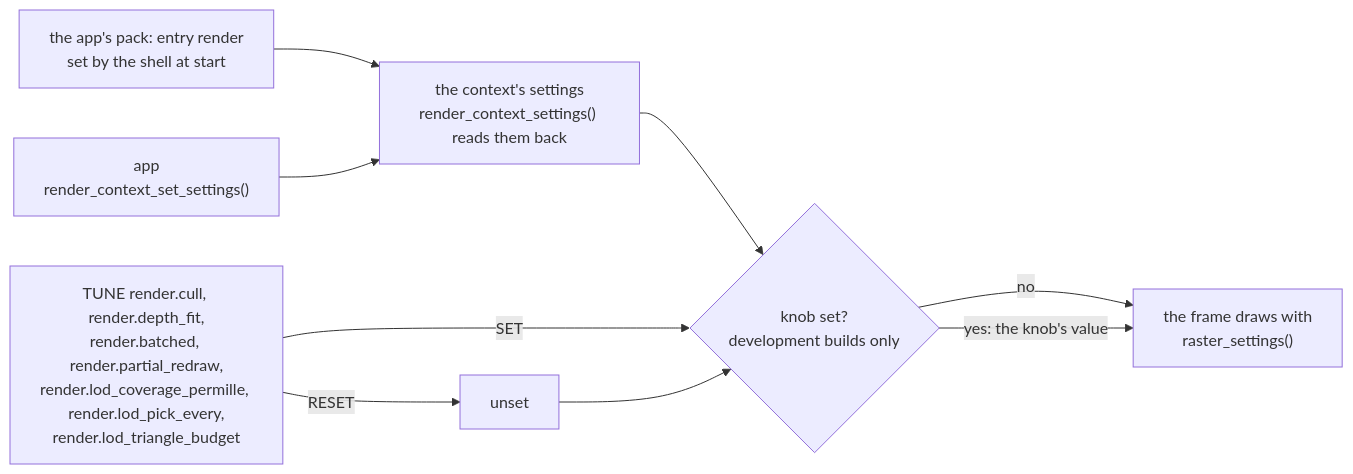
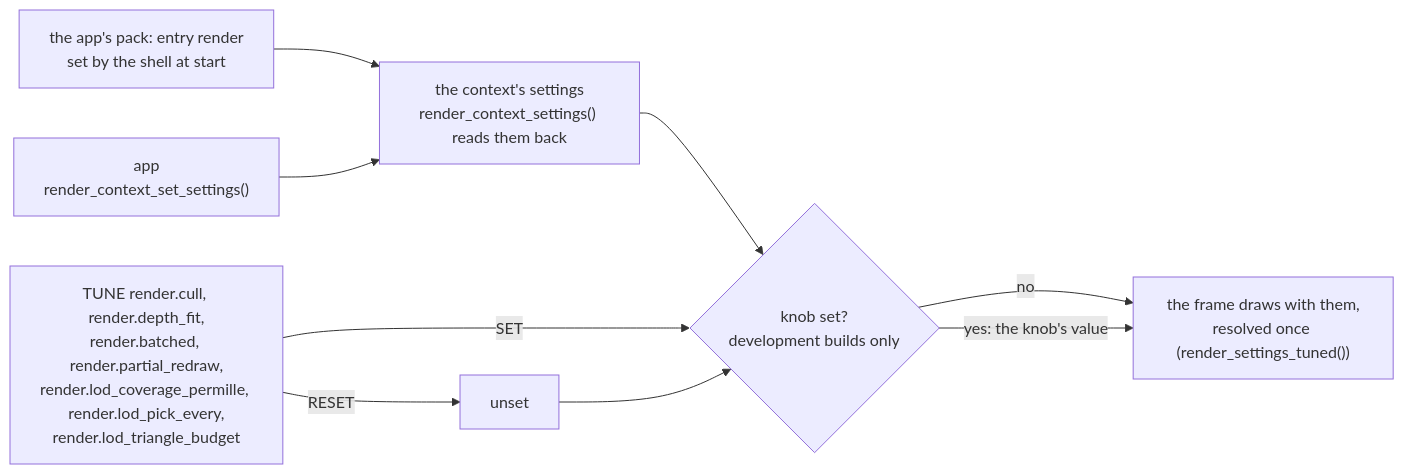
One commit to jose-villegas/autana changed the first of 4 diagrams in docs/render/Render-Settings.md. Above: the diagram before and after it, drawn with Mermaid. The commit also changed other lines of this file and 7 other files, not shown here.

````diff
--- a/docs/render/Render-Settings.md
+++ b/docs/render/Render-Settings.md
@@ -14,11 +14,11 @@
 ```mermaid
 flowchart LR
     Asset["the app's pack: entry render<br/>set by the shell at start"] --> Settings
     App["app<br/>render_context_set_settings()"] --> Settings["the context's settings<br/>render_context_settings() reads them back"]
     Settings --> Pick{"knob set?<br/>development builds only"}
     Knob["TUNE render.cull, render.depth_fit,<br/>render.batched, render.partial_redraw,<br/>render.lod_coverage_permille, render.lod_pick_every,<br/>render.lod_triangle_budget"] -->|SET| Pick
     Knob -->|RESET| Unset["unset"]
     Unset --> Pick
-    Pick -->|"no"| Frame["the frame draws with<br/>raster_settings()"]
+    Pick -->|"no"| Frame["the frame draws with them,<br/>resolved once (render_settings_tuned())"]
     Pick -->|"yes: the knob's value"| Frame
 ```
````
